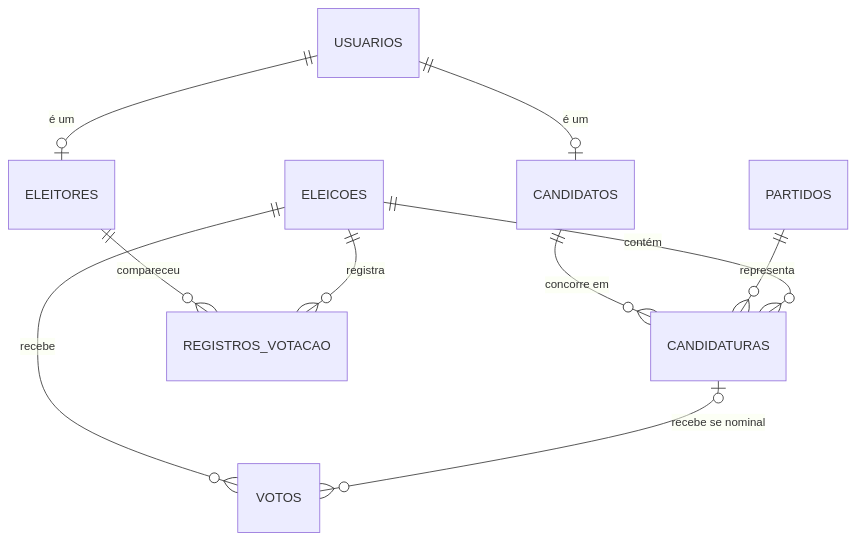
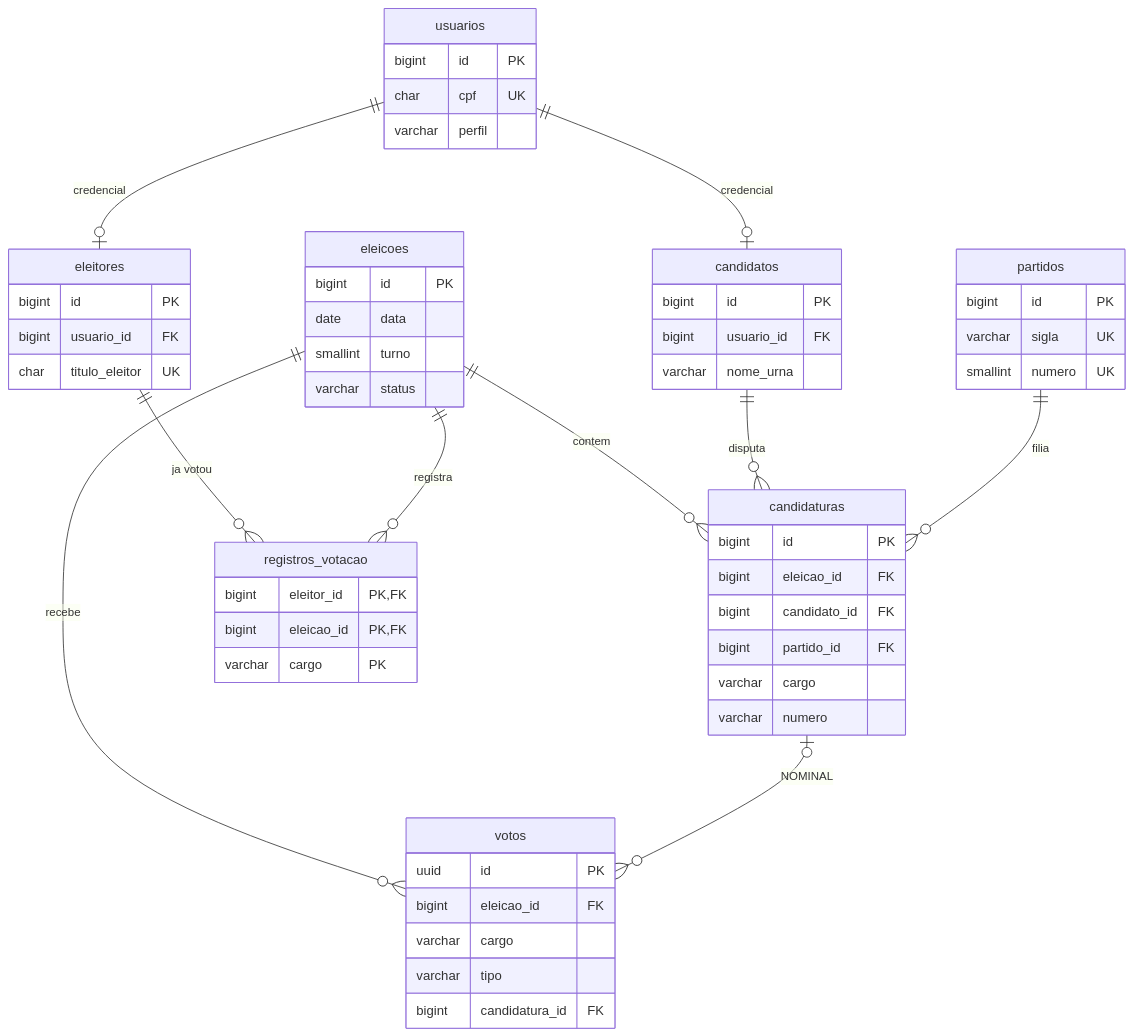
One commit to marcoslacaille/trab-es2 changed the third of 3 diagrams in README.md. Above: the diagram before and after it, drawn with Mermaid. The commit also changed other lines of this file and 15 other files, not shown here.

````diff
--- a/README.md
+++ b/README.md
@@ -269,12 +149,58 @@
 ```mermaid
 erDiagram
-    USUARIOS ||--o| ELEITORES : "é um"
-    USUARIOS ||--o| CANDIDATOS : "é um"
-    CANDIDATOS ||--o{ CANDIDATURAS : "concorre em"
-    PARTIDOS ||--o{ CANDIDATURAS : "representa"
-    ELEICOES ||--o{ CANDIDATURAS : "contém"
-    ELEITORES ||--o{ REGISTROS_VOTACAO : "compareceu"
-    ELEICOES ||--o{ REGISTROS_VOTACAO : "registra"
-    ELEICOES ||--o{ VOTOS : "recebe"
-    CANDIDATURAS |o--o{ VOTOS : "recebe se nominal"
+    usuarios ||--o| eleitores : credencial
+    usuarios ||--o| candidatos : credencial
+    eleicoes ||--o{ candidaturas : contem
+    candidatos ||--o{ candidaturas : disputa
+    partidos ||--o{ candidaturas : filia
+    eleitores ||--o{ registros_votacao : "ja votou"
+    eleicoes ||--o{ registros_votacao : registra
+    eleicoes ||--o{ votos : recebe
+    candidaturas |o--o{ votos : NOMINAL
+    usuarios {
+        bigint id PK
+        char cpf UK
+        varchar perfil
+    }
+    eleitores {
+        bigint id PK
+        bigint usuario_id FK
+        char titulo_eleitor UK
+    }
+    candidatos {
+        bigint id PK
+        bigint usuario_id FK
+        varchar nome_urna
+    }
+    partidos {
+        bigint id PK
+        varchar sigla UK
+        smallint numero UK
+    }
+    eleicoes {
+        bigint id PK
+        date data
+        smallint turno
+        varchar status
+    }
+    candidaturas {
+        bigint id PK
+        bigint eleicao_id FK
+        bigint candidato_id FK
+        bigint partido_id FK
+        varchar cargo
+        varchar numero
+    }
+    registros_votacao {
+        bigint eleitor_id PK, FK
+        bigint eleicao_id PK, FK
+        varchar cargo PK
+    }
+    votos {
+        uuid id PK
+        bigint eleicao_id FK
+        varchar cargo
+        varchar tipo
+        bigint candidatura_id FK
+    }
 ```
````
